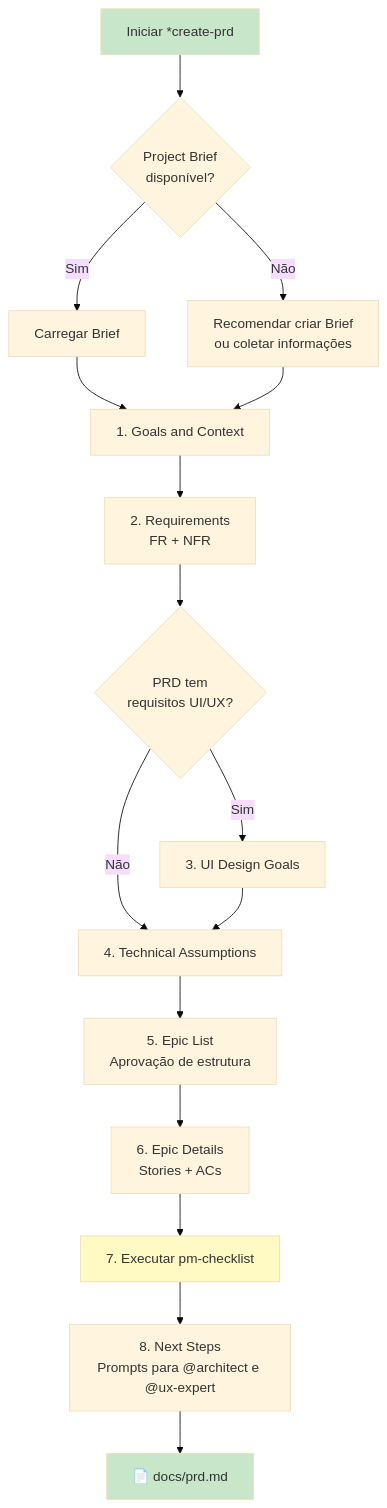
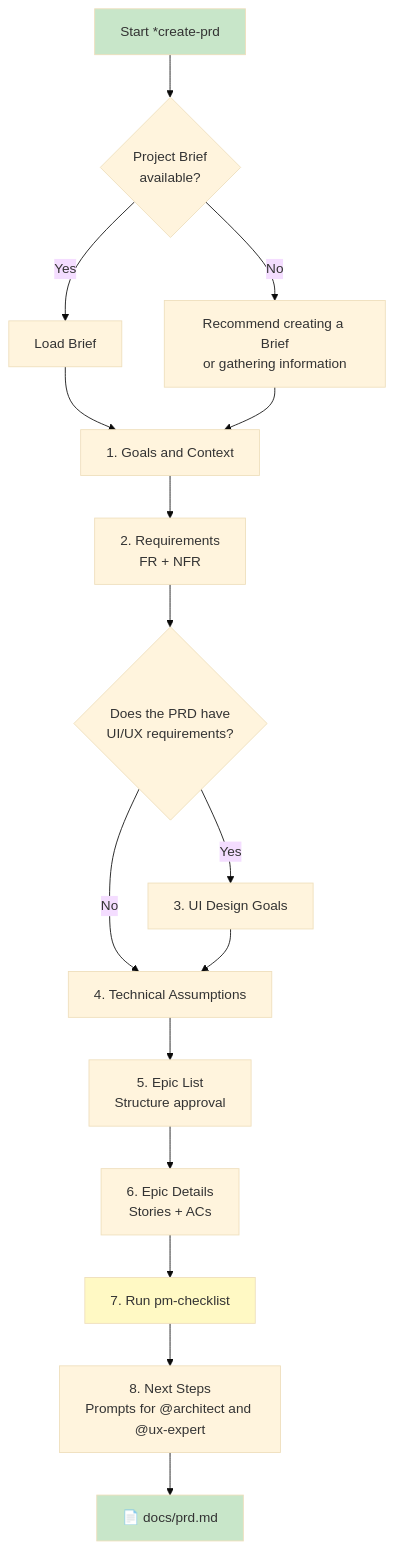
Before and after one commit to CyryxLabs/AEXOS: the second of 8 diagrams in docs/guides/agents/PM-SYSTEM.md, drawn with Mermaid (base theme). The commit also changed other lines of this file and 528 other files, not shown here.

````diff
--- a/docs/guides/agents/PM-SYSTEM.md
+++ b/docs/guides/agents/PM-SYSTEM.md
@@ -147,29 +147,29 @@
 ```mermaid
 flowchart TD
-    START[Iniciar *create-prd] --> CHECK_BRIEF{Project Brief<br/>disponível?}
+    START[Start *create-prd] --> CHECK_BRIEF{Project Brief<br/>available?}
 
-    CHECK_BRIEF -->|Sim| LOAD_BRIEF[Carregar Brief]
-    CHECK_BRIEF -->|Não| RECOMMEND[Recomendar criar Brief<br/>ou coletar informações]
+    CHECK_BRIEF -->|Yes| LOAD_BRIEF[Load Brief]
+    CHECK_BRIEF -->|No| RECOMMEND[Recommend creating a Brief<br/>or gathering information]
 
     LOAD_BRIEF --> GOALS[1. Goals and Context]
     RECOMMEND --> GOALS
 
     GOALS --> REQUIREMENTS[2. Requirements<br/>FR + NFR]
-    REQUIREMENTS --> UI_GOALS{PRD tem<br/>requisitos UI/UX?}
+    REQUIREMENTS --> UI_GOALS{Does the PRD have<br/>UI/UX requirements?}
 
-    UI_GOALS -->|Sim| UI_SECTION[3. UI Design Goals]
-    UI_GOALS -->|Não| TECH
+    UI_GOALS -->|Yes| UI_SECTION[3. UI Design Goals]
+    UI_GOALS -->|No| TECH
     UI_SECTION --> TECH[4. Technical Assumptions]
 
-    TECH --> EPIC_LIST[5. Epic List<br/>Aprovação de estrutura]
+    TECH --> EPIC_LIST[5. Epic List<br/>Structure approval]
     EPIC_LIST --> EPIC_DETAILS[6. Epic Details<br/>Stories + ACs]
 
-    EPIC_DETAILS --> CHECKLIST[7. Executar pm-checklist]
-    CHECKLIST --> NEXT_STEPS[8. Next Steps<br/>Prompts para @architect e @ux-expert]
+    EPIC_DETAILS --> CHECKLIST[7. Run pm-checklist]
+    CHECKLIST --> NEXT_STEPS[8. Next Steps<br/>Prompts for @architect and @ux-expert]
 
     NEXT_STEPS --> OUTPUT[📄 docs/prd.md]
 
     style START fill:#c8e6c9
     style OUTPUT fill:#c8e6c9
     style CHECKLIST fill:#fff9c4
 ```
````
